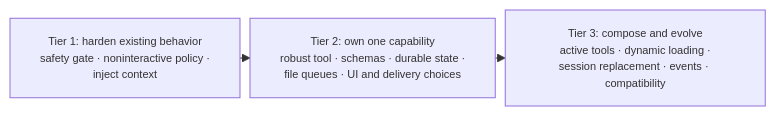
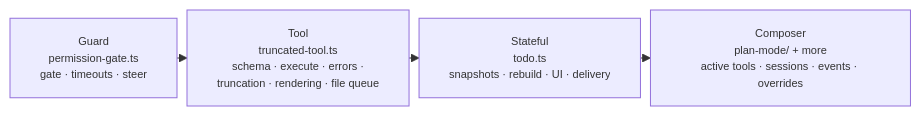
Before and after one commit to lukechen526/pi: the first of 4 diagrams in developer-guide/08-extension-patterns.qmd, drawn with Mermaid. The commit also changed other lines of this file, not shown here.

First line of the commit message:
docs: rewrite extension patterns chapter around four guided archetypes

````diff
--- a/developer-guide/08-extension-patterns.qmd
+++ b/developer-guide/08-extension-patterns.qmd
@@ -17,11 +21,12 @@
 ```{mermaid}
-%%| label: fig-pattern-tiers
-%%| fig-cap: "Chapter roadmap. Each tier builds on the previous one; stop at the smallest tier that solves your task."
+%%| label: fig-archetypes
+%%| fig-cap: "Chapter roadmap. Each archetype builds on the previous ones; stop at the first archetype that covers your task."
 %%| fig-width: 5.8
 %%{init: {"flowchart": {"nodeSpacing": 10, "rankSpacing": 10}, "themeVariables": {"fontSize": "11px"}}}%%
 flowchart LR
-  T1["Tier 1: harden existing behavior<br/>safety gate · noninteractive policy ·<br/>inject context"]
-  T2["Tier 2: own one capability<br/>robust tool · schemas · durable state ·<br/>file queues · UI and delivery choices"]
-  T3["Tier 3: compose and evolve<br/>active tools · dynamic loading ·<br/>session replacement · events · compatibility"]
-  T1 --> T2 --> T3
+  A1["Guard<br/>permission-gate.ts<br/>gate · timeouts · steer"]
+  A2["Tool<br/>truncated-tool.ts<br/>schema · execute · errors ·<br/>truncation · rendering · file queue"]
+  A3["Stateful<br/>todo.ts<br/>snapshots · rebuild · UI · delivery"]
+  A4["Composer<br/>plan-mode/ + more<br/>active tools · sessions · events · overrides"]
+  A1 --> A2 --> A3 --> A4
 ```
````
